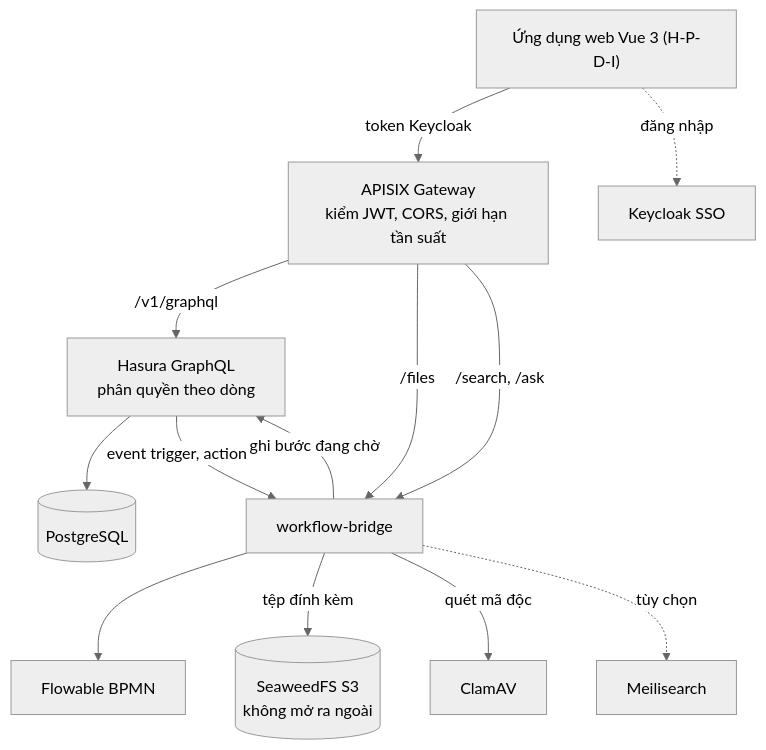
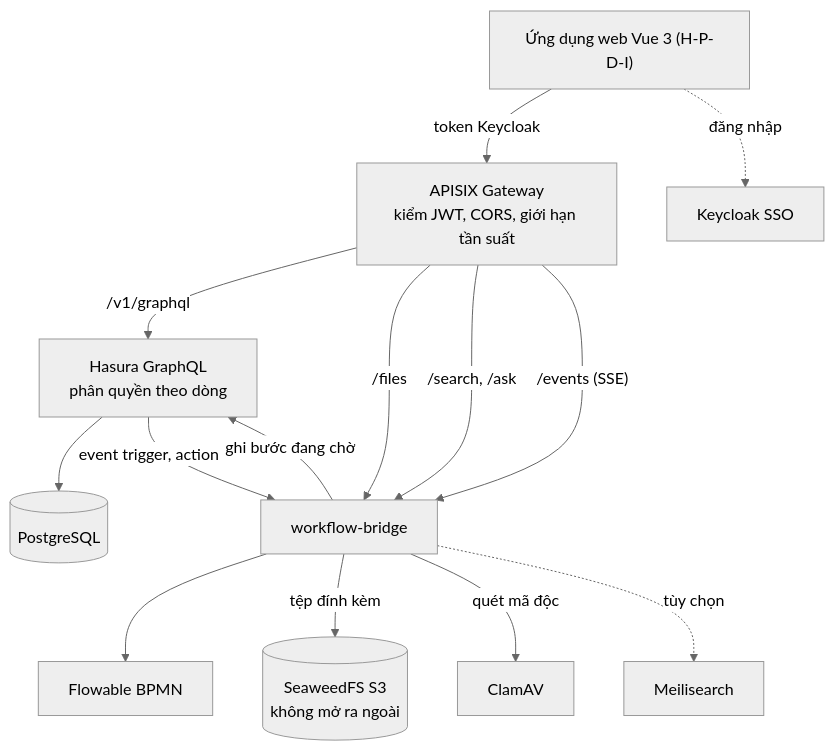
Before and after one commit to ngophatneknha/OLP-MNM: the diagram in docs/architecture.md, drawn with Mermaid (neutral theme). The commit also changed other lines of this file and 23 other files, not shown here.

````diff
--- a/docs/architecture.md
+++ b/docs/architecture.md
@@ -8,14 +8,15 @@
 ```mermaid
 flowchart TB
   UI["Ứng dụng web Vue 3 (H-P-D-I)"] -- "token Keycloak" --> GW["APISIX Gateway<br/>kiểm JWT, CORS, giới hạn tần suất"]
   UI -. đăng nhập .-> KC["Keycloak SSO"]
   GW -- "/v1/graphql" --> HS["Hasura GraphQL<br/>phân quyền theo dòng"] --> PG[("PostgreSQL")]
   GW -- "/files" --> BR["workflow-bridge"]
   HS -- "event trigger, action" --> BR
   BR --> FL["Flowable BPMN"]
   BR -- "ghi bước đang chờ" --> HS
   BR -- "tệp đính kèm" --> S3[("SeaweedFS S3<br/>không mở ra ngoài")]
   BR -- "quét mã độc" --> AV["ClamAV"]
   GW -- "/search, /ask" --> BR
+  GW -- "/events (SSE)" --> BR
   BR -. "tùy chọn" .-> MS["Meilisearch"]
 ```
````
